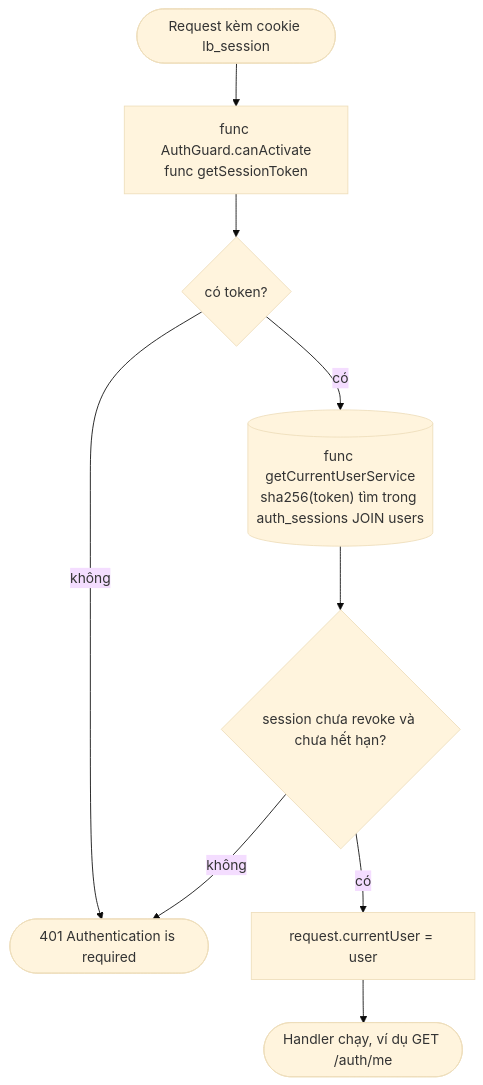
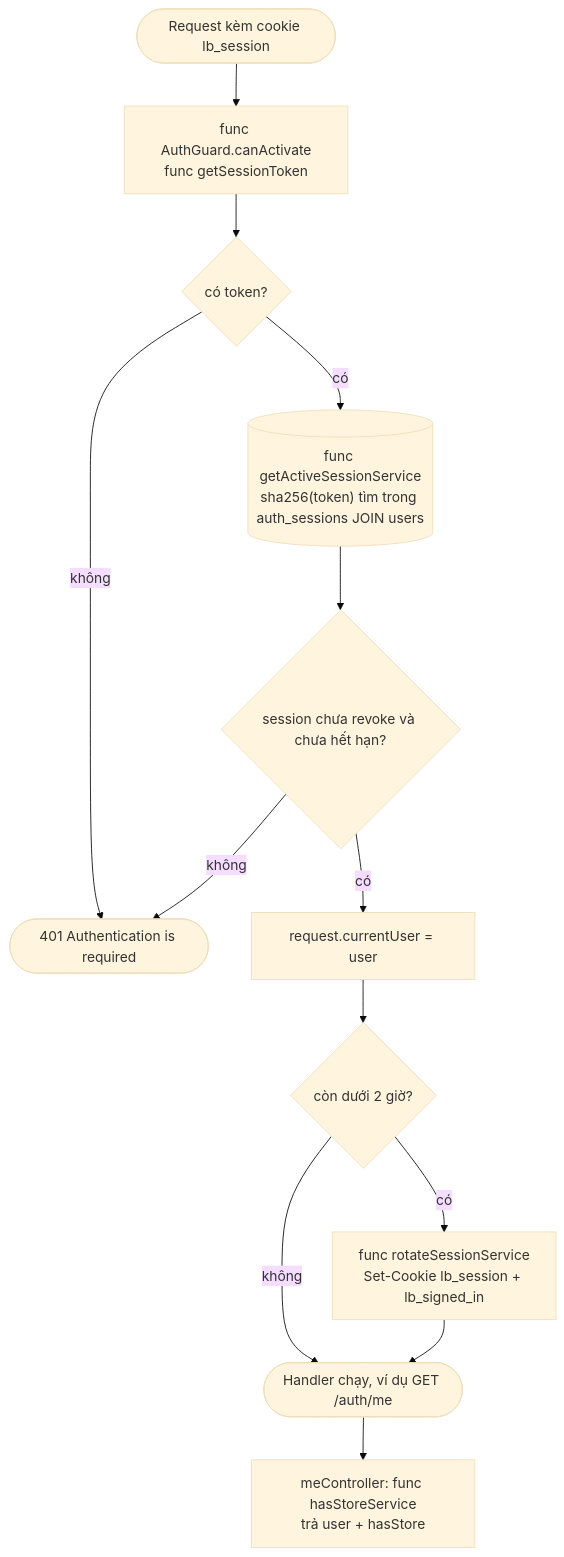
Before and after one commit to ngtrthvu3007/lastbite-pwa: the third of 4 diagrams in docs/features/authentication-flows.md, drawn with Mermaid (base theme). The commit also changed other lines of this file and 14 other files, not shown here.

````diff
--- a/docs/features/authentication-flows.md
+++ b/docs/features/authentication-flows.md
@@ -144,11 +146,15 @@
 ```mermaid
 flowchart TD
     A(["Request kèm cookie lb_session"]) --> B["func AuthGuard.canActivate<br/>func getSessionToken"]
     B --> C{"có token?"}
     C -- "không" --> X(["401 Authentication is required"])
-    C -- "có" --> D[("func getCurrentUserService<br/>sha256(token) tìm trong auth_sessions JOIN users")]
+    C -- "có" --> D[("func getActiveSessionService<br/>sha256(token) tìm trong auth_sessions JOIN users")]
     D --> E{"session chưa revoke và chưa hết hạn?"}
     E -- "không" --> X
     E -- "có" --> F["request.currentUser = user"]
-    F --> G(["Handler chạy, ví dụ GET /auth/me"])
+    F --> R{"còn dưới 2 giờ?"}
+    R -- "có" --> S["func rotateSessionService<br/>Set-Cookie lb_session + lb_signed_in"]
+    R -- "không" --> G
+    S --> G(["Handler chạy, ví dụ GET /auth/me"])
+    G --> H["meController: func hasStoreService<br/>trả user + hasStore"]
 ```
````
